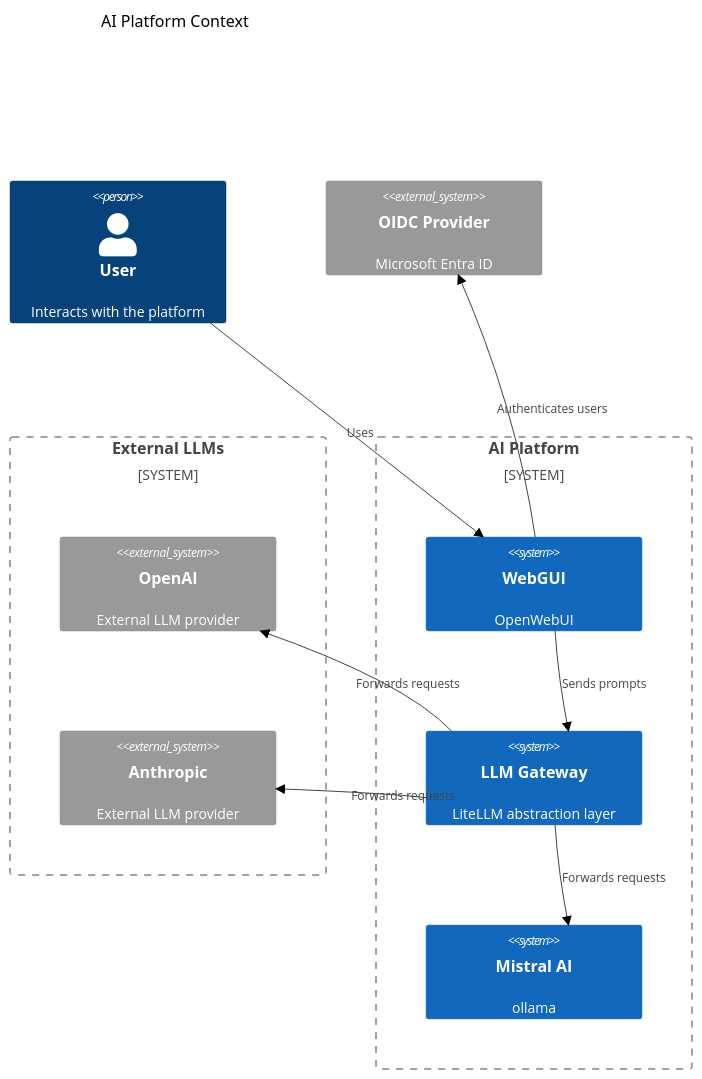
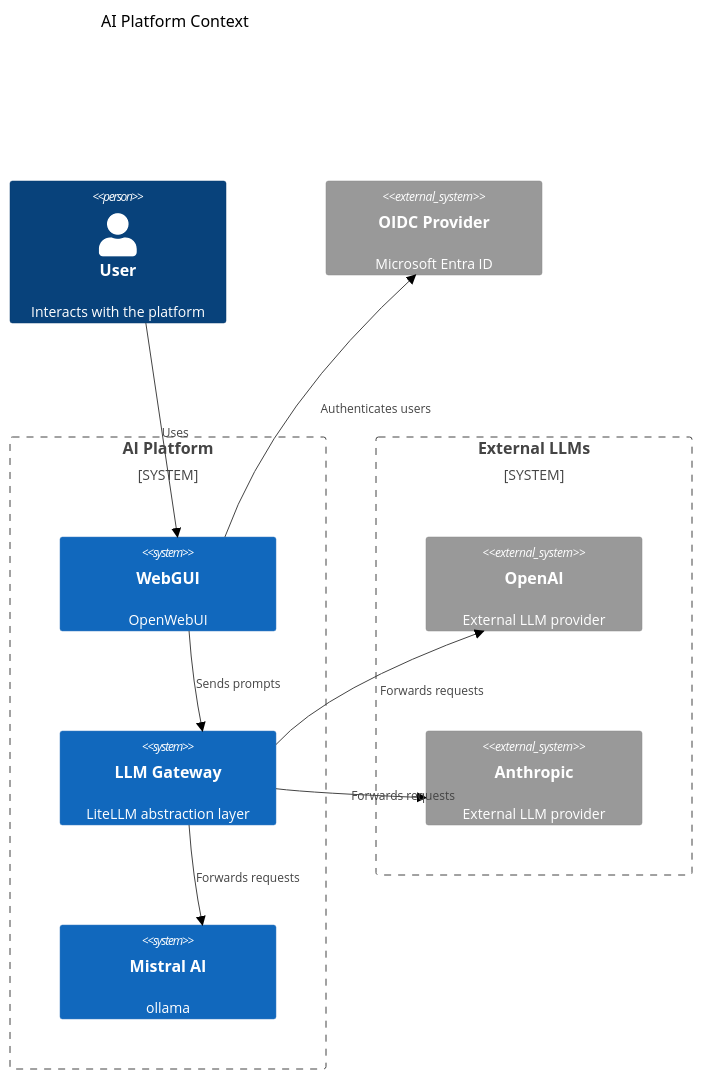
One commit to Albe83/ai-platform changed the first of 2 diagrams in docs/architecture.md. Above: the diagram before and after it, drawn with Mermaid.

````diff
--- a/docs/architecture.md
+++ b/docs/architecture.md
@@ -14,22 +14,25 @@
 ```mermaid
 %%{init: { 'theme': 'neutral' } }%%
 C4Context
     title AI Platform Context
     Person(user, "User", "Interacts with the platform")
-    System_Boundary(llms, "External LLMs") {
-        System_Ext(openai, "OpenAI", "External LLM provider")
-        System_Ext(anthropic, "Anthropic", "External LLM provider")
-    }
+    System_Ext(oidc, "OIDC Provider", "Microsoft Entra ID")
+
     System_Boundary(platform, "AI Platform") {
         System(webgui, "WebGUI", "OpenWebUI")
         System(gateway, "LLM Gateway", "LiteLLM abstraction layer")
         System(mistral, "Mistral AI", "ollama")
     }
-    System_Ext(oidc, "OIDC Provider", "Microsoft Entra ID")
+
+    System_Boundary(llms, "External LLMs") {
+        System_Ext(openai, "OpenAI", "External LLM provider")
+        System_Ext(anthropic, "Anthropic", "External LLM provider")
+    }
+
     Rel(user, webgui, "Uses")
     Rel(webgui, oidc, "Authenticates users")
     Rel(webgui, gateway, "Sends prompts")
     Rel(gateway, openai, "Forwards requests")
     Rel(gateway, anthropic, "Forwards requests")
     Rel(gateway, mistral, "Forwards requests")
 ```
````
